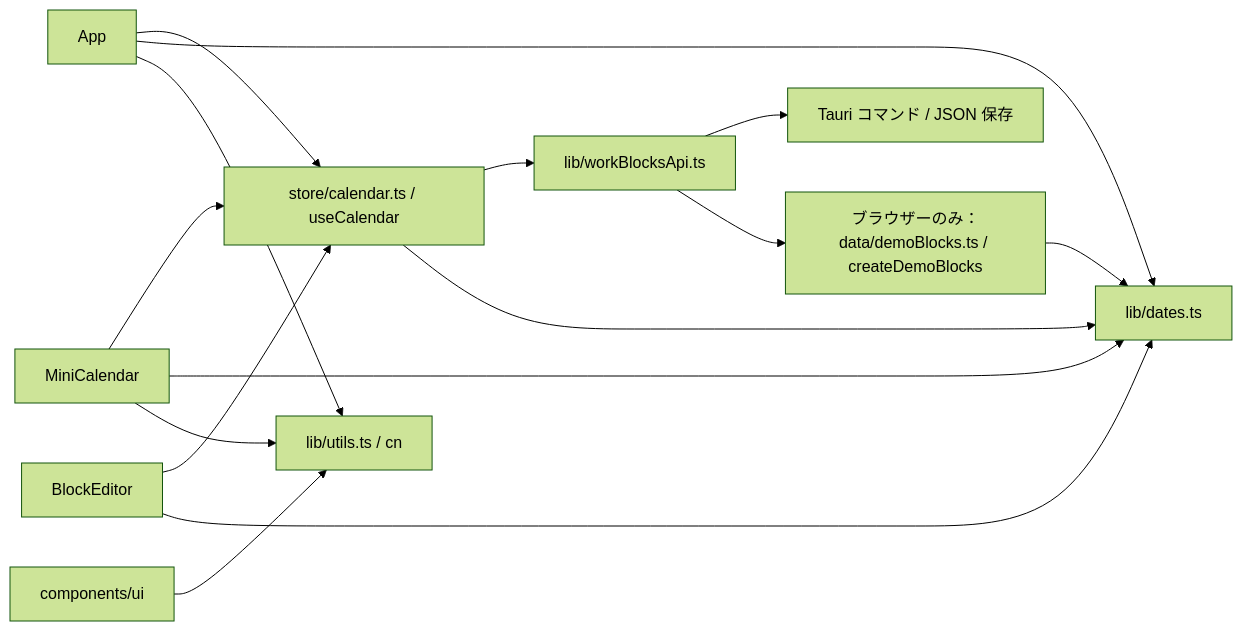
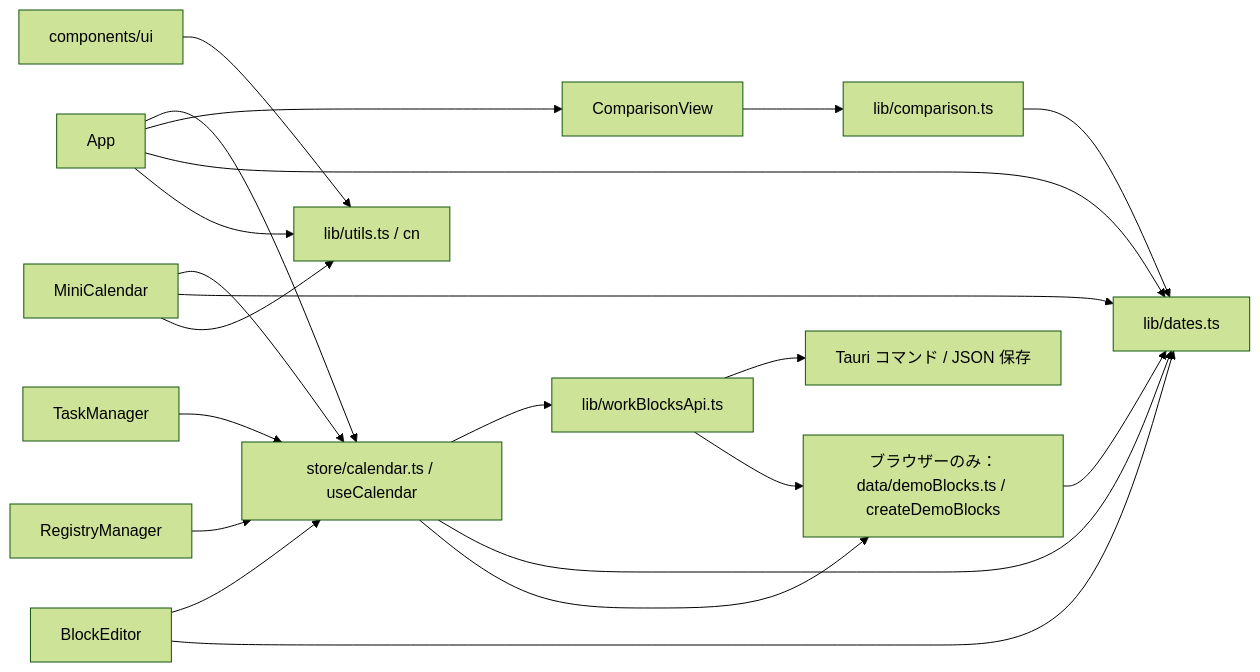
The second of 3 diagrams in docs/architecture/frontend.md (DSawada3/devscope), drawn with Mermaid (forest theme) before and after one commit. The commit also changed other lines of this file and 26 other files, not shown here.

````diff
--- a/docs/architecture/frontend.md
+++ b/docs/architecture/frontend.md
@@ -49,17 +56,23 @@
 ```mermaid
 flowchart LR
   App["App"] --> Store["store/calendar.ts / useCalendar"]
+  App --> Compare["ComparisonView"]
+  Compare --> Aggregation["lib/comparison.ts"]
+  Aggregation --> Dates
   Mini["MiniCalendar"] --> Store
   Editor["BlockEditor"] --> Store
+  Tasks["TaskManager"] --> Store
+  Registry["RegistryManager"] --> Store
   Store --> API["lib/workBlocksApi.ts"]
   API --> Rust["Tauri コマンド / JSON 保存"]
   API --> Demo["ブラウザーのみ：data/demoBlocks.ts / createDemoBlocks"]
   Store --> Dates["lib/dates.ts"]
+  Store --> Demo
   Demo --> Dates
   App --> Dates
   Mini --> Dates
   Editor --> Dates
   App --> Utils["lib/utils.ts / cn"]
   Mini --> Utils
   UI["components/ui"] --> Utils
 ```
````
